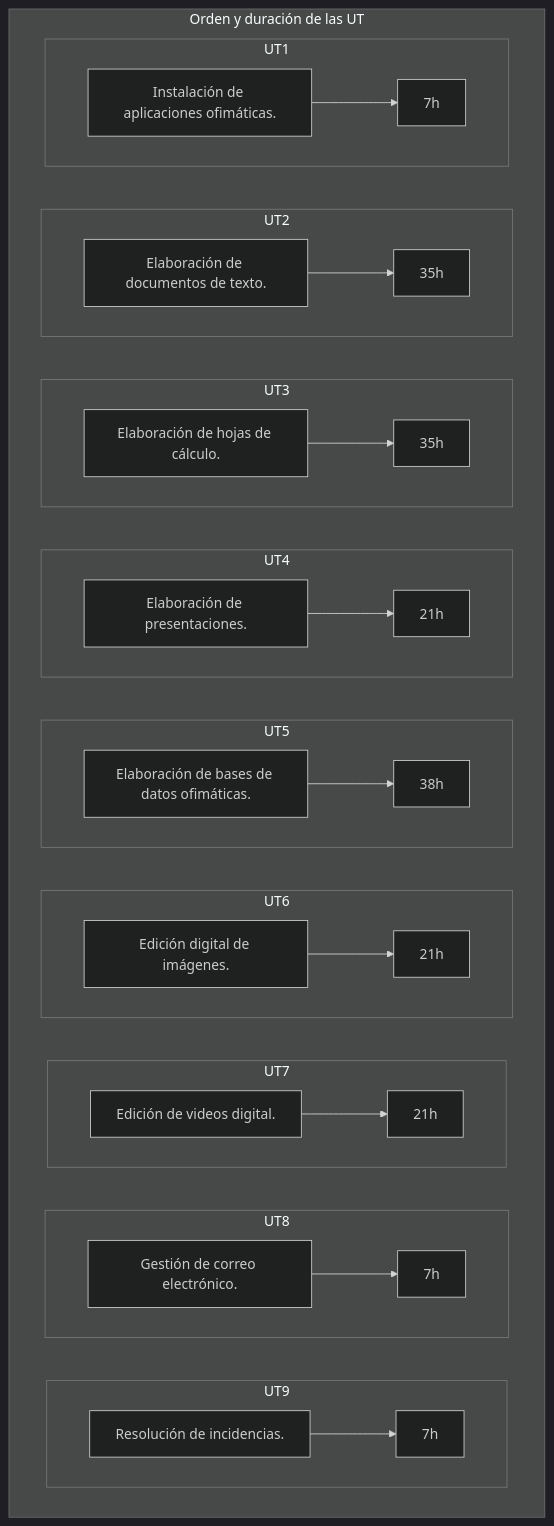
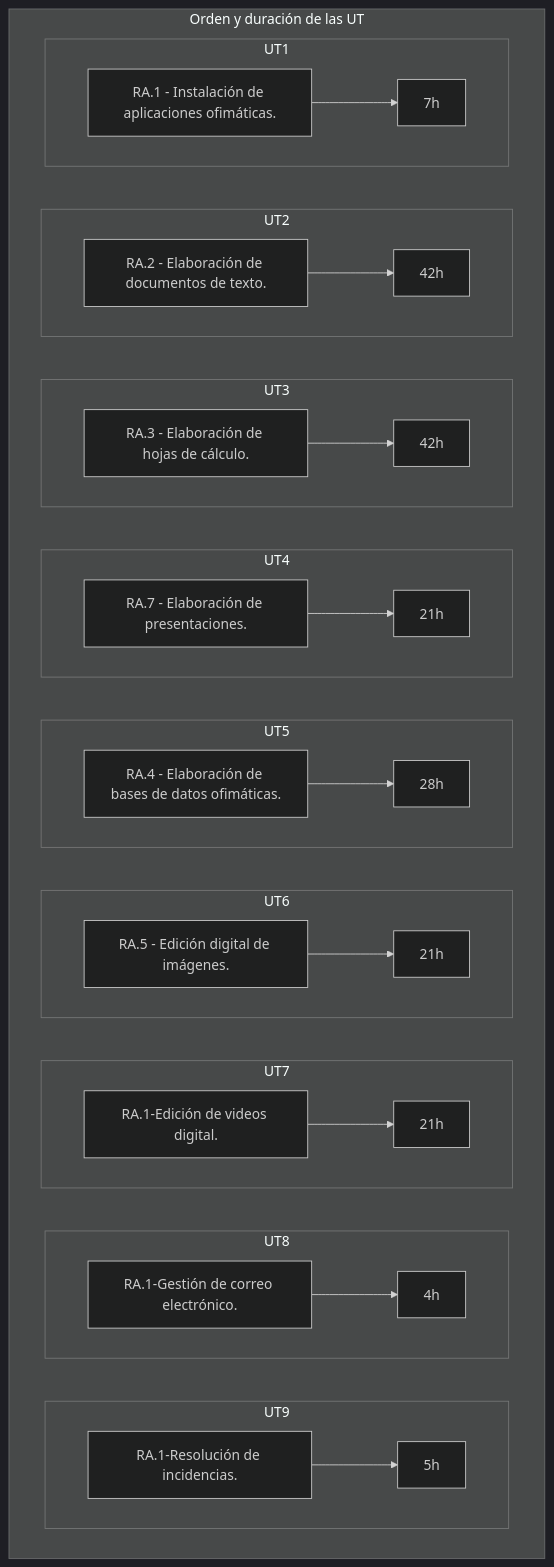
One commit to javieregeablasco/Apuntes changed the diagram in docs/SMX/SMX_1/AO/00_Temario.md. Above: the diagram before and after it, drawn with Mermaid (dark theme). The commit also changed other lines of this file and 3 other files, not shown here.

````diff
--- a/docs/SMX/SMX_1/AO/00_Temario.md
+++ b/docs/SMX/SMX_1/AO/00_Temario.md
@@ -353,70 +366,70 @@
 ```mermaid
 flowchart TB
-  A["Instalación de aplicaciones ofimáticas."]
-  B["Elaboración de documentos de texto."]
-  C["Elaboración de hojas de cálculo."]
-  D["Elaboración de presentaciones."]
-  E["Elaboración de bases de datos ofimáticas."]
-  F["Edición digital de imágenes."]
-  G["Edición de videos digital."]
-  H["Gestión de correo electrónico."]
-  I["Resolución de incidencias."]
+  A["RA.1 - Instalación de aplicaciones ofimáticas."]
+  B["RA.2 - Elaboración de documentos de texto."]
+  C["RA.3 - Elaboración de hojas de cálculo."]
+  D["RA.7 - Elaboración de presentaciones."]
+  E["RA.4 - Elaboración de bases de datos ofimáticas."]
+  F["RA.5 - Edición digital de imágenes."]
+  G["RA.1-Edición de videos digital."]
+  H["RA.1-Gestión de correo electrónico."]
+  I["RA.1-Resolución de incidencias."]
   AA["7h"]
-  BB["35h"]
-  CC["35h"]
+  BB["42h"]
+  CC["42h"]
   DD["21h"]
-  EE["38h"]
+  EE["28h"]
   FF["21h"]
   GG["21h"]
-  HH["7h"]
-  II["7h"]
+  HH["4h"]
+  II["5h"]
 
   subgraph Orden y duración de las UT
 
     subgraph UT9 
       direction LR
       I --> II
     end
     
     subgraph UT8  
       direction LR
       H --> HH
     end
     
     subgraph UT7  
       direction LR
       G --> GG
     end
     
     subgraph UT6  
       direction LR
       F --> FF
     end
     
     subgraph UT5  
       direction LR
       E --> EE
     end
     
     subgraph UT4  
       direction LR
       D --> DD
     end
     
     subgraph UT3  
       direction LR
       C --> CC
     end
 
     subgraph UT2 
       direction LR
       B --> BB
     end  
 
     subgraph UT1 
       direction LR
       A --> AA  
     end
 
   end
 ```
````
